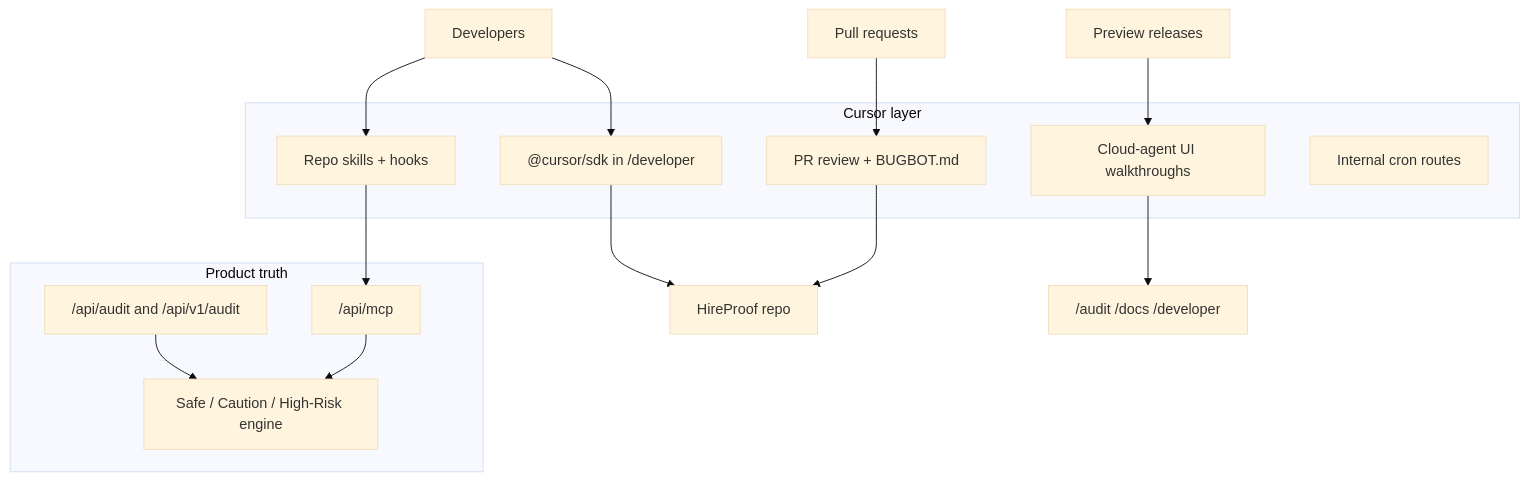
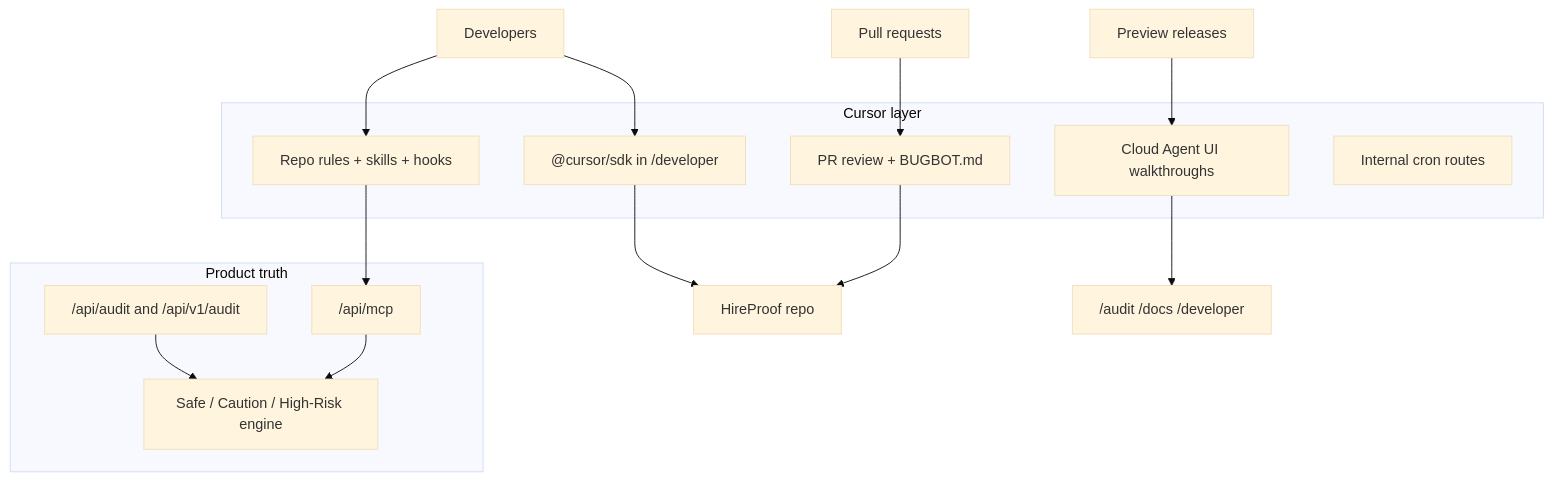
Before and after one commit to Iron-Mark/Hackathon-HireProof: the diagram in docs/cursor/overview.md, drawn with Mermaid (base theme). The commit also changed other lines of this file and 36 other files, not shown here.

````diff
--- a/docs/cursor/overview.md
+++ b/docs/cursor/overview.md
@@ -27,27 +27,27 @@
 ```mermaid
 flowchart TB
   subgraph productTruth [Product truth]
     AuditAPI["/api/audit and /api/v1/audit"]
     MCP["/api/mcp"]
     Verdicts[Safe / Caution / High-Risk engine]
   end
 
   subgraph cursorLayer [Cursor layer]
     SDK["@cursor/sdk in /developer"]
-    Skills["Repo skills + hooks"]
+    Skills["Repo rules + skills + hooks"]
     Bugbot["PR review + BUGBOT.md"]
-    CloudQA["Cloud-agent UI walkthroughs"]
+    CloudQA["Cloud Agent UI walkthroughs"]
     Cron["Internal cron routes"]
   end
 
   Dev[Developers] --> SDK
   Dev --> Skills
   PRs[Pull requests] --> Bugbot
   Release[Preview releases] --> CloudQA
   Skills --> MCP
   SDK --> Repo[HireProof repo]
   Bugbot --> Repo
   CloudQA --> UI["/audit /docs /developer"]
   AuditAPI --> Verdicts
   MCP --> Verdicts
 ```
````
